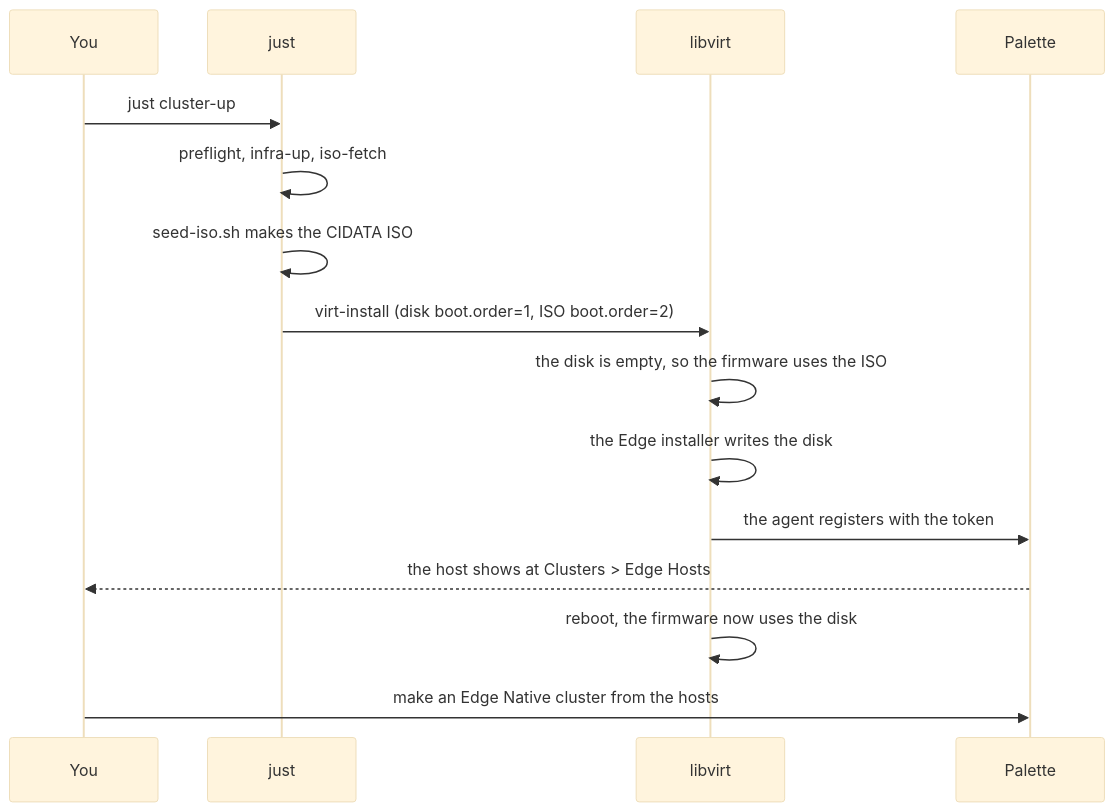
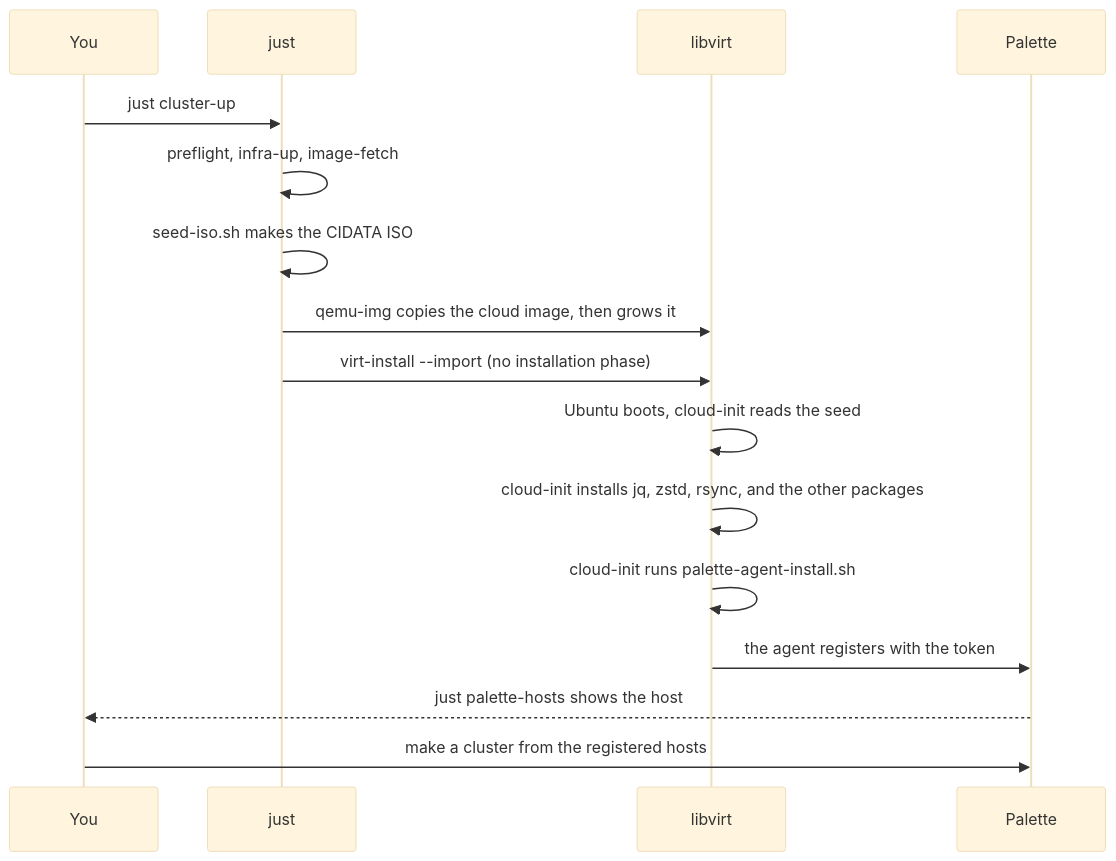
The second of 2 diagrams in docs/src/architecture.md (como-technologies/palette-edge-libvirt), drawn with Mermaid (base theme) before and after one commit. The commit also changed other lines of this file and 23 other files, not shown here.

````diff
--- a/docs/src/architecture.md
+++ b/docs/src/architecture.md
@@ -48,18 +54,19 @@
 ```mermaid
 sequenceDiagram
     participant U as You
     participant J as just
     participant V as libvirt
     participant P as Palette
 
     U->>J: just cluster-up
-    J->>J: preflight, infra-up, iso-fetch
+    J->>J: preflight, infra-up, image-fetch
     J->>J: seed-iso.sh makes the CIDATA ISO
-    J->>V: virt-install (disk boot.order=1, ISO boot.order=2)
-    V->>V: the disk is empty, so the firmware uses the ISO
-    V->>V: the Edge installer writes the disk
+    J->>V: qemu-img copies the cloud image, then grows it
+    J->>V: virt-install --import (no installation phase)
+    V->>V: Ubuntu boots, cloud-init reads the seed
+    V->>V: cloud-init installs jq, zstd, rsync, and the other packages
+    V->>V: cloud-init runs palette-agent-install.sh
     V->>P: the agent registers with the token
-    P-->>U: the host shows at Clusters > Edge Hosts
-    V->>V: reboot, the firmware now uses the disk
-    U->>P: make an Edge Native cluster from the hosts
+    P-->>U: just palette-hosts shows the host
+    U->>P: make a cluster from the registered hosts
 ```
````
